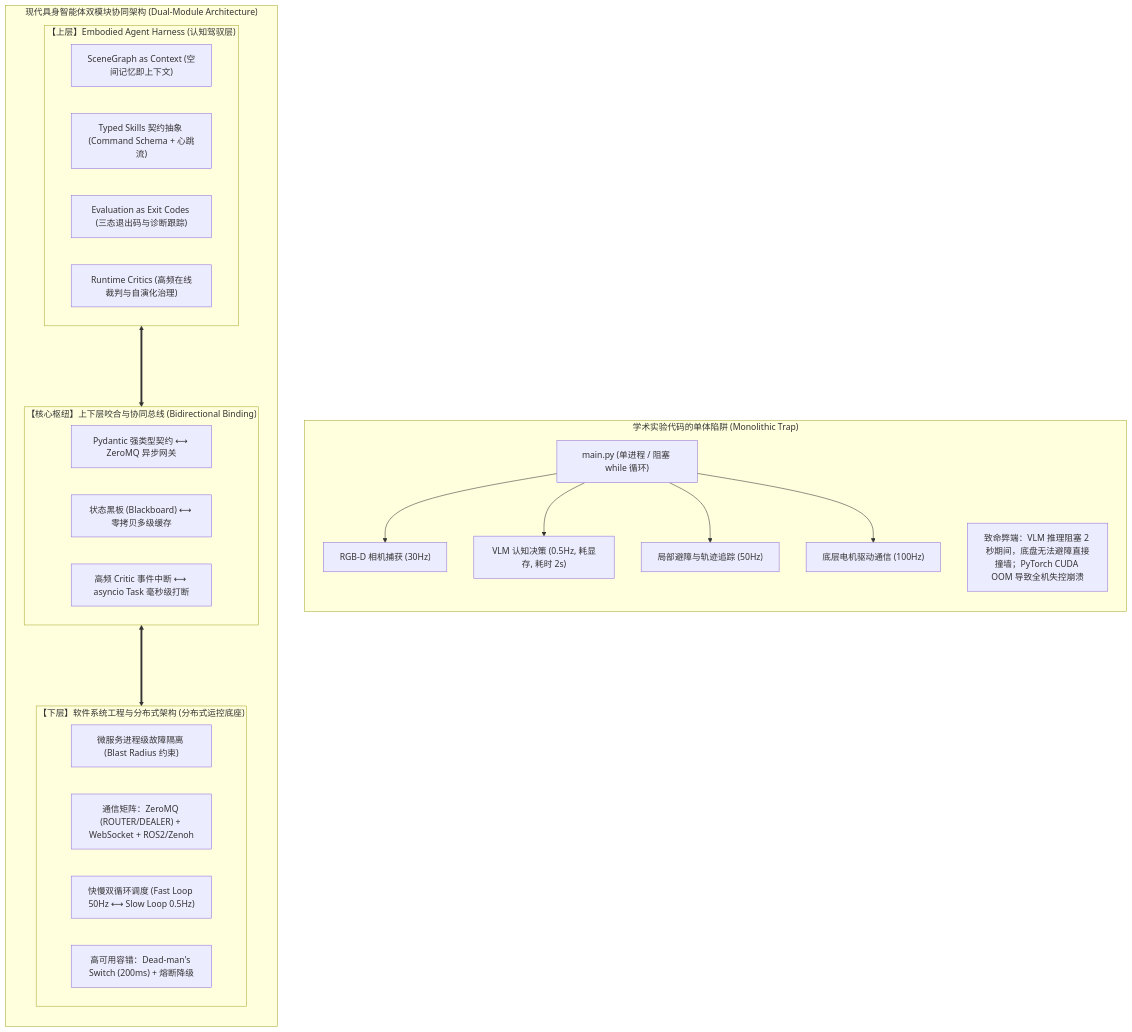
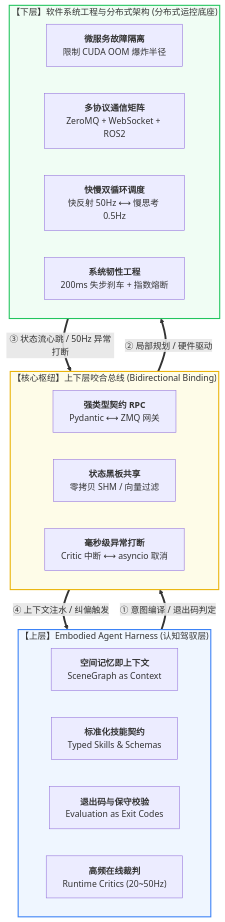
Before and after one commit to TingdeLiu/tingdeliu.github.io: the second of 16 diagrams in _posts/research/2026-09-07-Embodied-Agent-Harness-Survey.md, drawn with Mermaid. The commit also changed other lines of this file, not shown here.

Commit message:
style(research): re-layout Section 1 Mermaid diagrams to optimize font size and readability

````diff
--- a/_posts/research/2026-09-07-Embodied-Agent-Harness-Survey.md
+++ b/_posts/research/2026-09-07-Embodied-Agent-Harness-Survey.md
@@ -25,38 +67,34 @@
 ```mermaid
-flowchart TB
-    subgraph Traditional["学术实验代码的单体陷阱 (Monolithic Trap)"]
-        direction TB
-        Mono["main.py (单进程 / 阻塞 while 循环)"]
-        Mono --> S1["RGB-D 相机捕获 (30Hz)"]
-        Mono --> S2["VLM 认知决策 (0.5Hz, 耗显存, 耗时 2s)"]
-        Mono --> S3["局部避障与轨迹追踪 (50Hz)"]
-        Mono --> S4["底层电机驱动通信 (100Hz)"]
-        W1["致命弊端：VLM 推理阻塞 2 秒期间，底盘无法避障直接撞墙；PyTorch CUDA OOM 导致全机失控崩溃"]
+flowchart TD
+    subgraph Upper["【上层】Embodied Agent Harness (认知驾驭层)"]
+        direction LR
+        H1["<b>空间记忆即上下文</b><br/>SceneGraph as Context"]
+        H2["<b>标准化技能契约</b><br/>Typed Skills & Schemas"]
+        H3["<b>退出码与保守校验</b><br/>Evaluation as Exit Codes"]
+        H4["<b>高频在线裁判</b><br/>Runtime Critics (20~50Hz)"]
     end
 
-    subgraph DualModule["现代具身智能体双模块协同架构 (Dual-Module Architecture)"]
-        direction TB
-        subgraph Upper["【上层】Embodied Agent Harness (认知驾驭层)"]
-            H1["SceneGraph as Context (空间记忆即上下文)"]
-            H2["Typed Skills 契约抽象 (Command Schema + 心跳流)"]
-            H3["Evaluation as Exit Codes (三态退出码与诊断跟踪)"]
-            H4["Runtime Critics (高频在线裁判与自演化治理)"]
-        end
+    subgraph Bridge["【核心枢纽】上下层咬合总线 (Bidirectional Binding)"]
+        direction LR
+        B1["<b>强类型契约 RPC</b><br/>Pydantic ⟷ ZMQ 网关"]
+        B2["<b>状态黑板共享</b><br/>零拷贝 SHM / 向量过滤"]
+        B3["<b>毫秒级异常打断</b><br/>Critic 中断 ⟷ asyncio 取消"]
+    end
 
-        subgraph Interlink["【核心枢纽】上下层咬合与协同总线 (Bidirectional Binding)"]
-            B1["Pydantic 强类型契约 ⟷ ZeroMQ 异步网关"]
-            B2["状态黑板 (Blackboard) ⟷ 零拷贝多级缓存"]
-            B3["高频 Critic 事件中断 ⟷ asyncio Task 毫秒级打断"]
-        end
+    subgraph Lower["【下层】软件系统工程与分布式架构 (分布式运控底座)"]
+        direction LR
+        L1["<b>微服务故障隔离</b><br/>限制 CUDA OOM 爆炸半径"]
+        L2["<b>多协议通信矩阵</b><br/>ZeroMQ + WebSocket + ROS2"]
+        L3["<b>快慢双循环调度</b><br/>快反射 50Hz ⟷ 慢思考 0.5Hz"]
+        L4["<b>系统韧性工程</b><br/>200ms 失步刹车 + 指数熔断"]
+    end
 
-        subgraph Lower["【下层】软件系统工程与分布式架构 (分布式运控底座)"]
-            L1["微服务进程级故障隔离 (Blast Radius 约束)"]
-            L2["通信矩阵：ZeroMQ (ROUTER/DEALER) + WebSocket + ROS2/Zenoh"]
-            L3["快慢双循环调度 (Fast Loop 50Hz ⟷ Slow Loop 0.5Hz)"]
-            L4["高可用容错：Dead-man's Switch (200ms) + 熔断降级"]
-        end
+    Upper ==>|"① 意图编译 / 退出码判定"| Bridge
+    Bridge ==>|"② 局部规划 / 硬件驱动"| Lower
+    Lower ==>|"③ 状态流心跳 / 50Hz 异常打断"| Bridge
+    Bridge ==>|"④ 上下文注水 / 纠偏触发"| Upper
 
-        Upper <===> Interlink
-        Interlink <===> Lower
-    end
+    style Upper fill:#eff6ff,stroke:#3b82f6,stroke-width:2px
+    style Bridge fill:#fefce8,stroke:#eab308,stroke-width:2px
+    style Lower fill:#f0fdf4,stroke:#22c55e,stroke-width:2px
 ```
````
